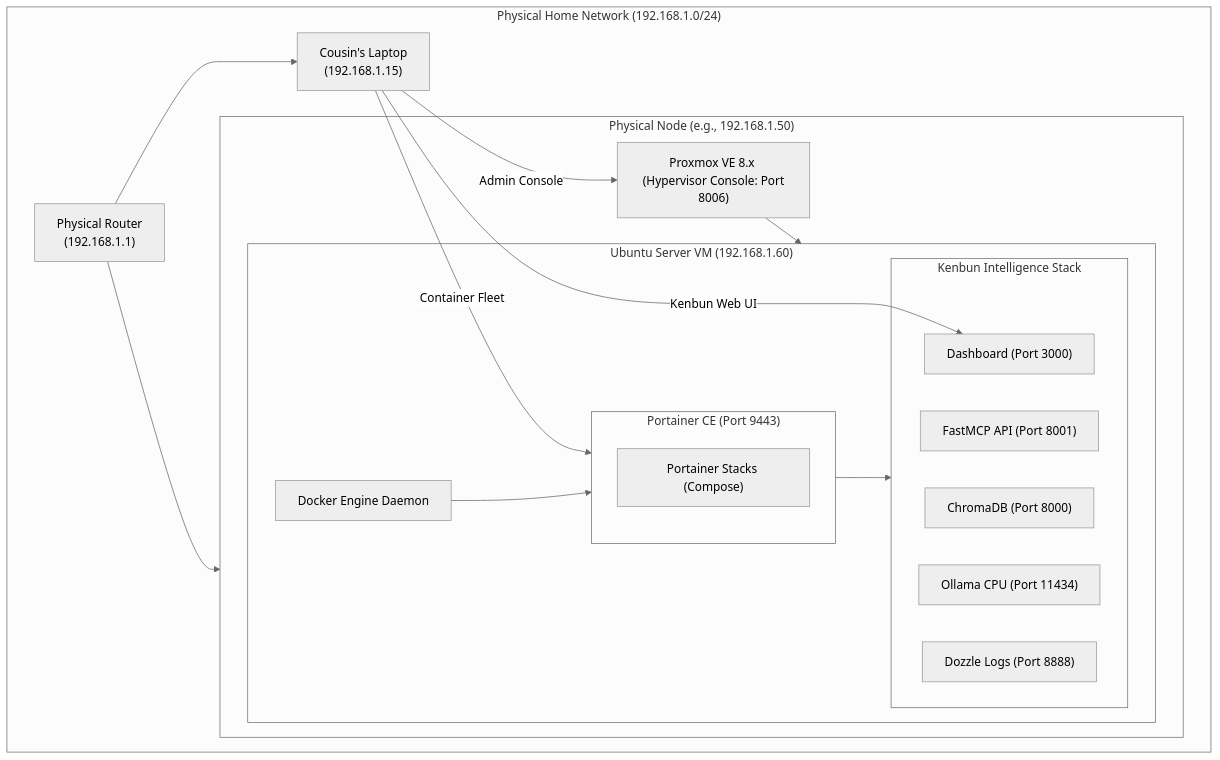
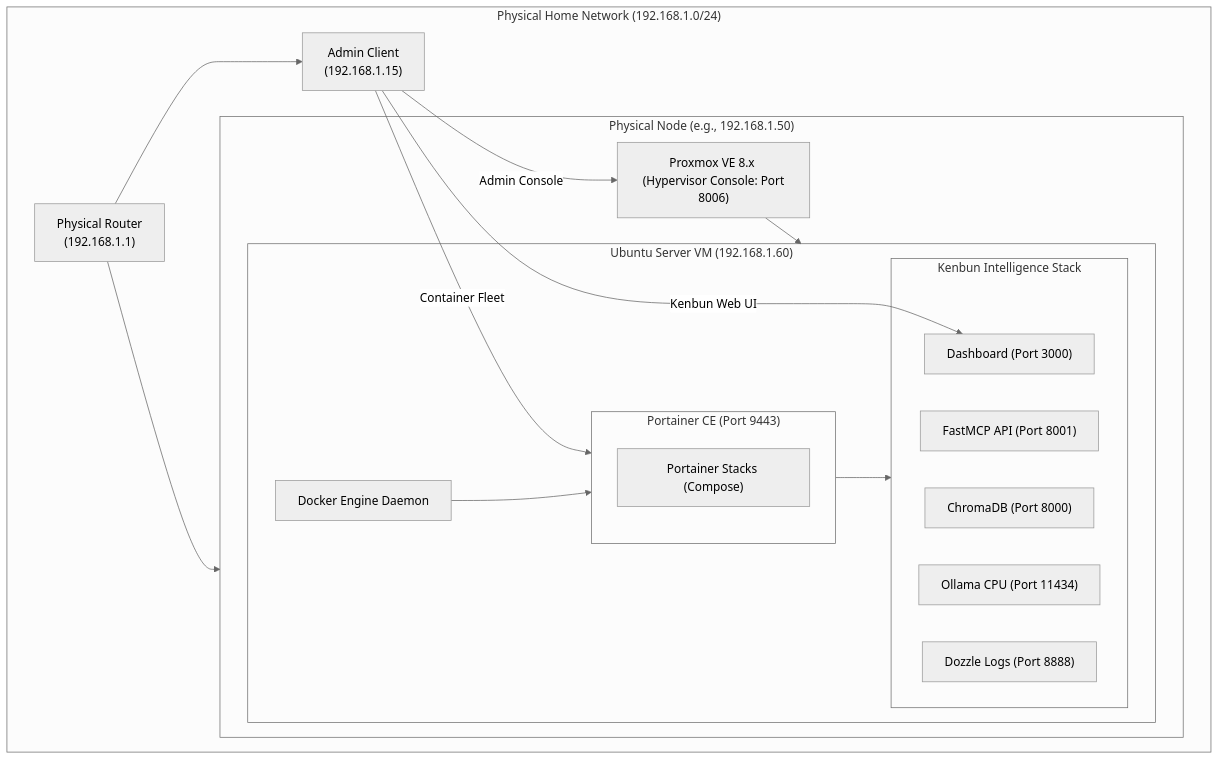
One commit to Clos01/Kenbun-Agent changed the diagram in docs/PROXMOX_PORTAINER_DEPLOYMENT.md. Above: the diagram before and after it, drawn with Mermaid (neutral theme). The commit also changed other lines of this file and 3 other files, not shown here.

````diff
--- a/docs/PROXMOX_PORTAINER_DEPLOYMENT.md
+++ b/docs/PROXMOX_PORTAINER_DEPLOYMENT.md
@@ -11,36 +11,36 @@
 ```mermaid
 graph TD
     subgraph LAN ["Physical Home Network (192.168.1.0/24)"]
-        Cousin["Cousin's Laptop <br> (192.168.1.15)"]
+        Admin["Admin Client <br> (192.168.1.15)"]
         Router["Physical Router <br> (192.168.1.1)"]
         
         subgraph Hardware ["Physical Node (e.g., 192.168.1.50)"]
             PVE["Proxmox VE 8.x <br> (Hypervisor Console: Port 8006)"]
             
             subgraph VM ["Ubuntu Server VM (192.168.1.60)"]
                 Docker["Docker Engine Daemon"]
                 
                 subgraph Portainer ["Portainer CE (Port 9443)"]
                     Stacks["Portainer Stacks (Compose)"]
                 end
                 
                 subgraph Kenbun ["Kenbun Intelligence Stack"]
                     Dash["Dashboard (Port 3000)"]
                     API["FastMCP API (Port 8001)"]
                     Chroma["ChromaDB (Port 8000)"]
                     Ollama["Ollama CPU (Port 11434)"]
                     Dozzle["Dozzle Logs (Port 8888)"]
                 end
             end
         end
     end
 
-    Router --> Cousin
+    Router --> Admin
     Router --> Hardware
     PVE --> VM
     Docker --> Portainer
     Portainer --> Kenbun
-    Cousin -- "Admin Console" --> PVE
-    Cousin -- "Container Fleet" --> Portainer
-    Cousin -- "Kenbun Web UI" --> Dash
+    Admin -- "Admin Console" --> PVE
+    Admin -- "Container Fleet" --> Portainer
+    Admin -- "Kenbun Web UI" --> Dash
 ```
````
